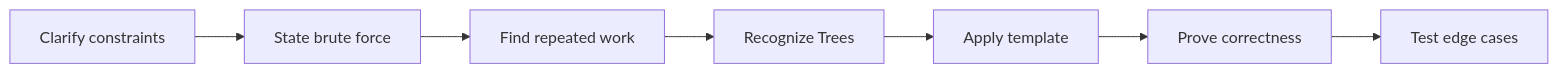
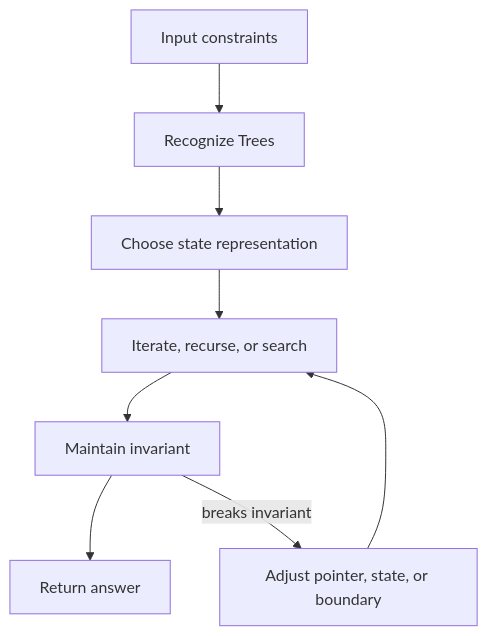
Before and after one commit to abstractinterviews/abstractinterviews.github.io: the second of 2 diagrams in coding-round/data-structures/trees/index.md, drawn with Mermaid. The commit also changed other lines of this file and 278 other files, not shown here.

````diff
--- a/coding-round/data-structures/trees/index.md
+++ b/coding-round/data-structures/trees/index.md
@@ -123,9 +121,10 @@
-~~~mermaid
-flowchart LR
-    A["Clarify constraints"] --> B["State brute force"]
-    B --> C["Find repeated work"]
-    C --> D["Recognize Trees"]
-    D --> E["Apply template"]
-    E --> F["Prove correctness"]
-    F --> G["Test edge cases"]
-~~~
+```mermaid
+flowchart TD
+    Input["Input constraints"] --> Pattern["Recognize Trees"]
+    Pattern --> State["Choose state representation"]
+    State --> Iterate["Iterate, recurse, or search"]
+    Iterate --> Check["Maintain invariant"]
+    Check --> Result["Return answer"]
+    Check -->|breaks invariant| Fix["Adjust pointer, state, or boundary"]
+    Fix --> Iterate
+```
````
